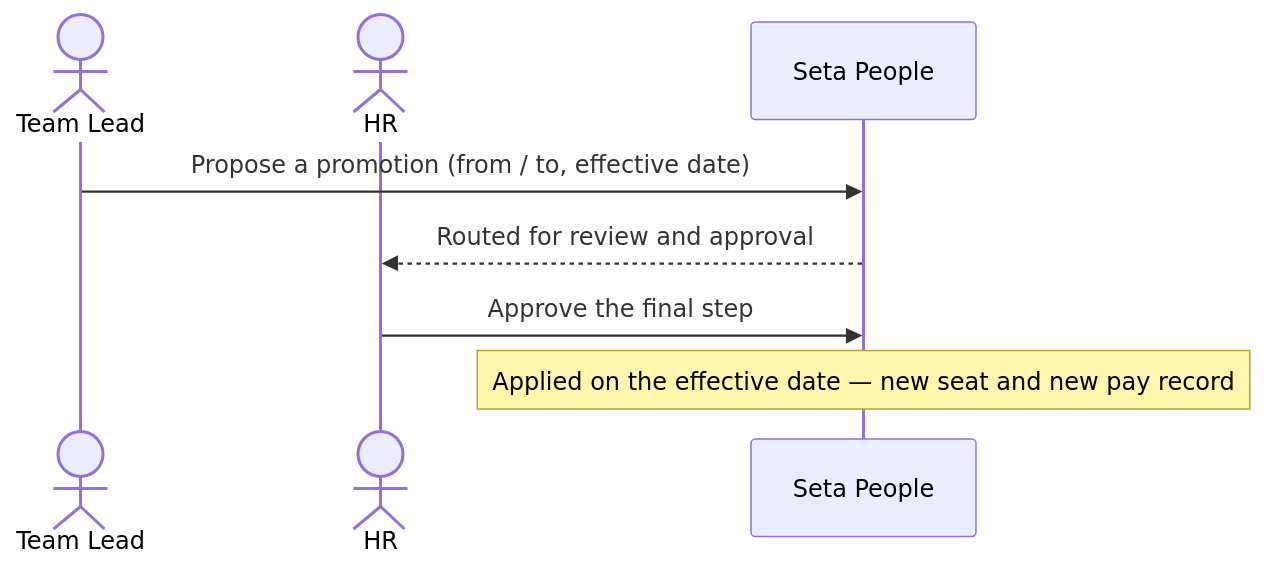
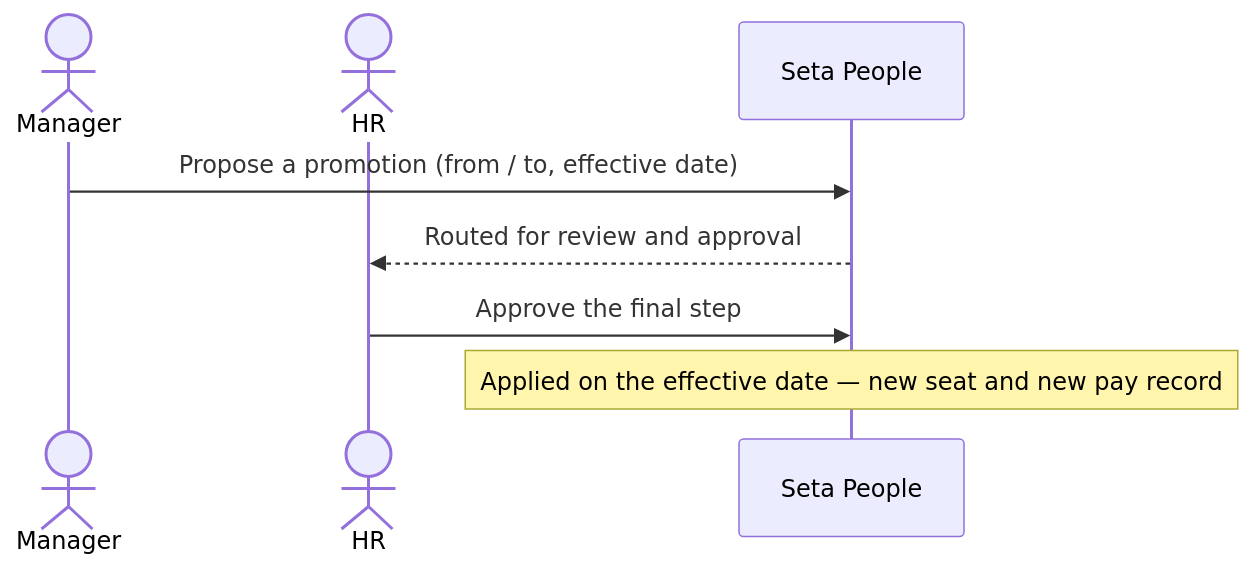
One commit to Seta-International/agent-platform changed the fifth of 9 diagrams in docs/modules/People-PRD.md. Above: the diagram before and after it, drawn with Mermaid. The commit also changed other lines of this file and 5 other files, not shown here.

````diff
--- a/docs/modules/People-PRD.md
+++ b/docs/modules/People-PRD.md
@@ -427,10 +483,10 @@
 ```mermaid
 sequenceDiagram
-  actor L as Team Lead
+  actor L as Manager
   actor HR as HR
   participant P as Seta People
   L->>P: Propose a promotion (from / to, effective date)
   P-->>HR: Routed for review and approval
   HR->>P: Approve the final step
   Note over P: Applied on the effective date — new seat and new pay record
 ```
````
